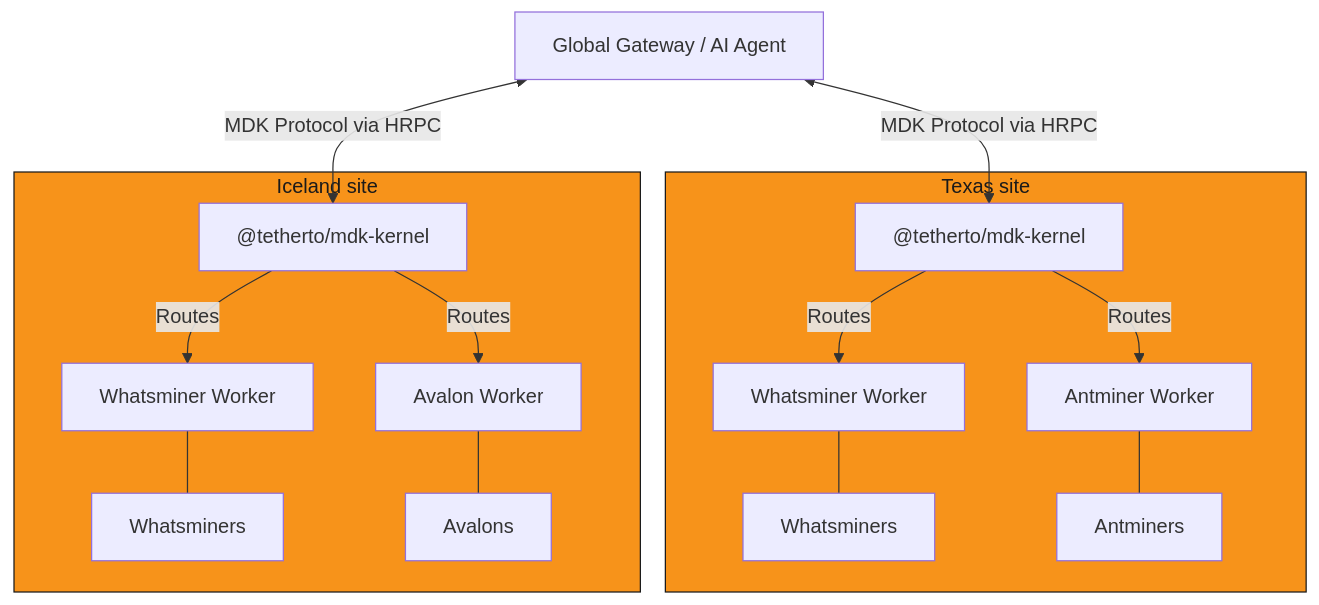
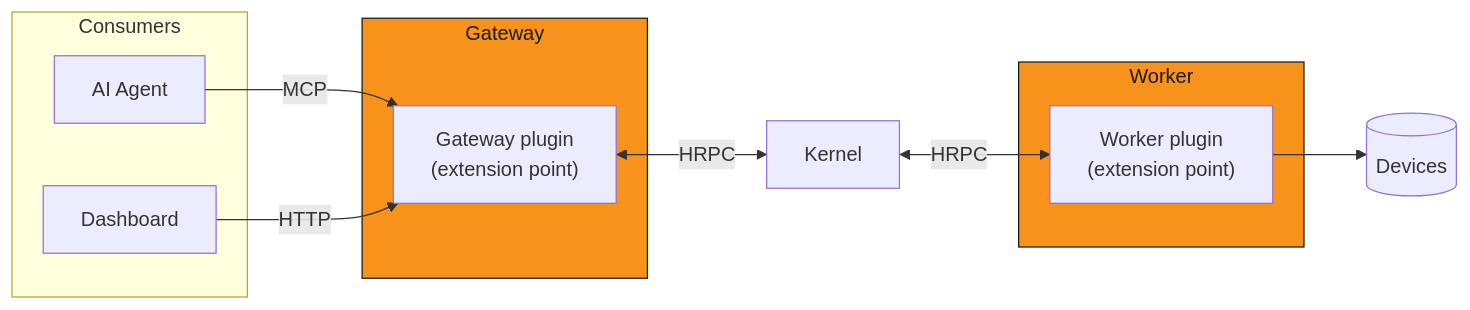
One commit to tekwani/mdk changed the diagram in docs/concepts/architecture.md. Above: the diagram before and after it, drawn with Mermaid. The commit also changed other lines of this file and 773 other files, not shown here.

````diff
--- a/docs/concepts/architecture.md
+++ b/docs/concepts/architecture.md
@@ -316,34 +20,28 @@
 ```mermaid
-flowchart TD
-    Global["Global Gateway / AI Agent"]
-
-    subgraph texas ["Texas site"]
-        KERNEL_TX["@tetherto/mdk-kernel"]
-        W1_TX["Whatsminer Worker"]
-        W2_TX["Antminer Worker"]
-        D1_TX["Whatsminers"]
-        D2_TX["Antminers"]
-        KERNEL_TX -->|Routes| W1_TX
-        KERNEL_TX -->|Routes| W2_TX
-        W1_TX --- D1_TX
-        W2_TX --- D2_TX
+flowchart LR
+    subgraph consumers [Consumers]
+        Agent["AI Agent"]
+        Dashboard["Dashboard"]
     end
 
-    subgraph iceland ["Iceland site"]
-        KERNEL_IC["@tetherto/mdk-kernel"]
-        W1_IC["Whatsminer Worker"]
-        W2_IC["Avalon Worker"]
-        D1_IC["Whatsminers"]
-        D2_IC["Avalons"]
-        KERNEL_IC -->|Routes| W1_IC
-        KERNEL_IC -->|Routes| W2_IC
-        W1_IC --- D1_IC
-        W2_IC --- D2_IC
+    subgraph gw ["Gateway"]
+        GP["Gateway plugin\n(extension point)"]
     end
 
-    Global <-->|MDK Protocol via HRPC| KERNEL_TX
-    Global <-->|MDK Protocol via HRPC| KERNEL_IC
+    K["Kernel"]
 
-    style texas fill:#F7931A,stroke:#1A1A1A,color:#1A1A1A
-    style iceland fill:#F7931A,stroke:#1A1A1A,color:#1A1A1A
+    subgraph wk ["Worker"]
+        WP["Worker plugin\n(extension point)"]
+    end
+
+    Devices[("Devices")]
+
+    Agent -->|"MCP"| GP
+    Dashboard -->|"HTTP"| GP
+    GP <-->|"HRPC"| K
+    K <-->|"HRPC"| WP
+    WP --> Devices
+
+    style gw fill:#F7931A,stroke:#1A1A1A,color:#1A1A1A
+    style wk fill:#F7931A,stroke:#1A1A1A,color:#1A1A1A
 ```
````
